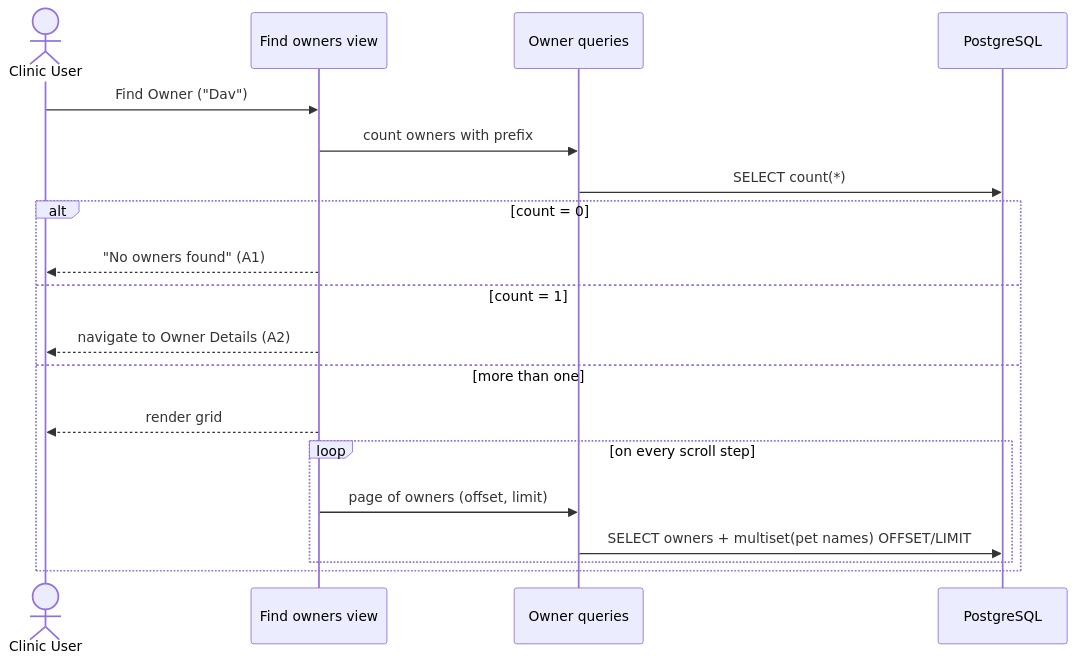
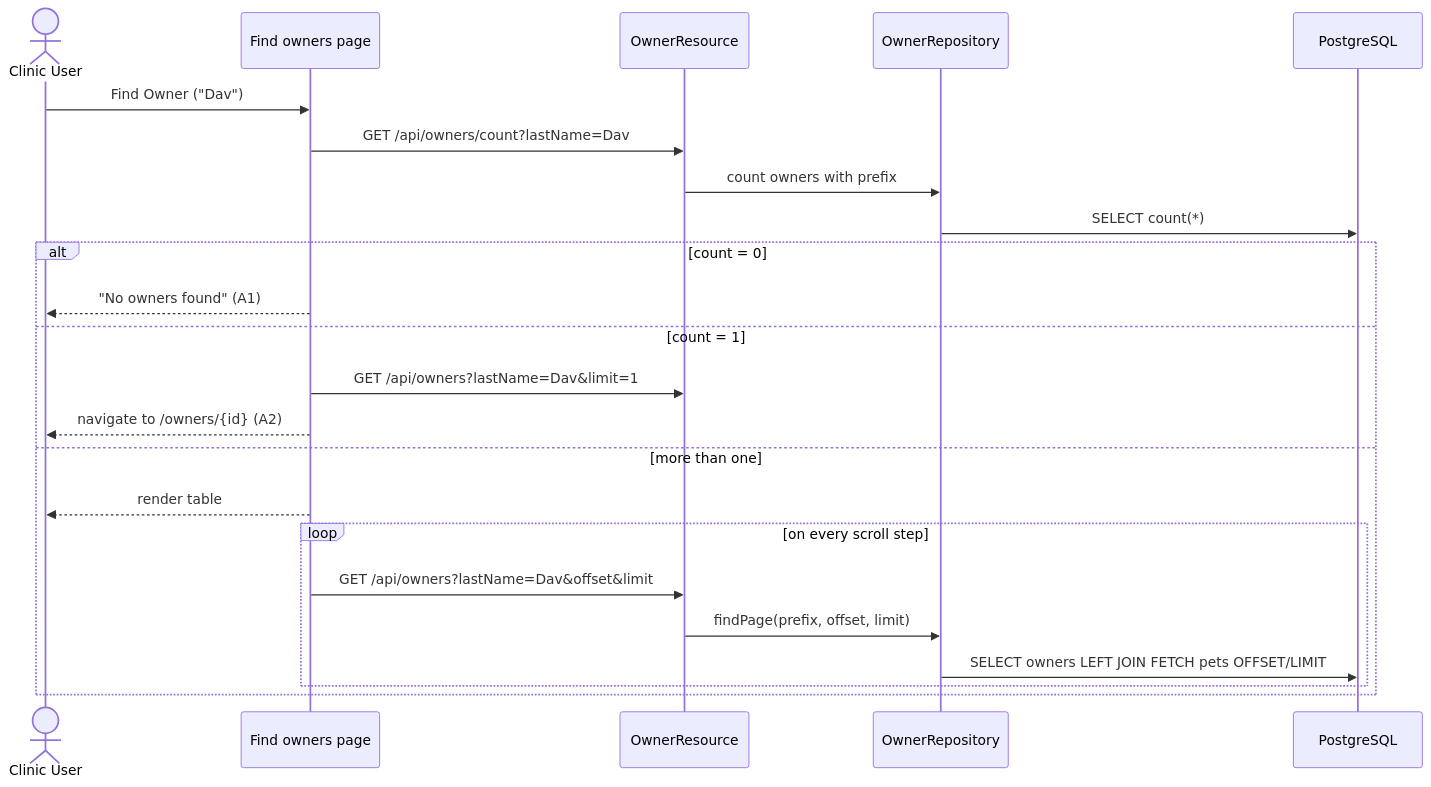
Before and after one commit to AI-Unified-Process/petclinic: the second of 3 diagrams in docs/architecture/process.md, drawn with Mermaid. The commit also changed other lines of this file and 81 other files, not shown here.

````diff
--- a/docs/architecture/process.md
+++ b/docs/architecture/process.md
@@ -60,22 +71,26 @@
 ```mermaid
 sequenceDiagram
     actor U as Clinic User
-    participant V as Find owners view
-    participant R as Owner queries
+    participant P as Find owners page
+    participant API as OwnerResource
+    participant R as OwnerRepository
     participant DB as PostgreSQL
 
-    U->>V: Find Owner ("Dav")
-    V->>R: count owners with prefix
+    U->>P: Find Owner ("Dav")
+    P->>API: GET /api/owners/count?lastName=Dav
+    API->>R: count owners with prefix
     R->>DB: SELECT count(*)
     alt count = 0
-        V-->>U: "No owners found" (A1)
+        P-->>U: "No owners found" (A1)
     else count = 1
-        V-->>U: navigate to Owner Details (A2)
+        P->>API: GET /api/owners?lastName=Dav&limit=1
+        P-->>U: navigate to /owners/{id} (A2)
     else more than one
-        V-->>U: render grid
+        P-->>U: render table
         loop on every scroll step
-            V->>R: page of owners (offset, limit)
-            R->>DB: SELECT owners + multiset(pet names) OFFSET/LIMIT
+            P->>API: GET /api/owners?lastName=Dav&offset&limit
+            API->>R: findPage(prefix, offset, limit)
+            R->>DB: SELECT owners LEFT JOIN FETCH pets OFFSET/LIMIT
         end
     end
 ```
````
